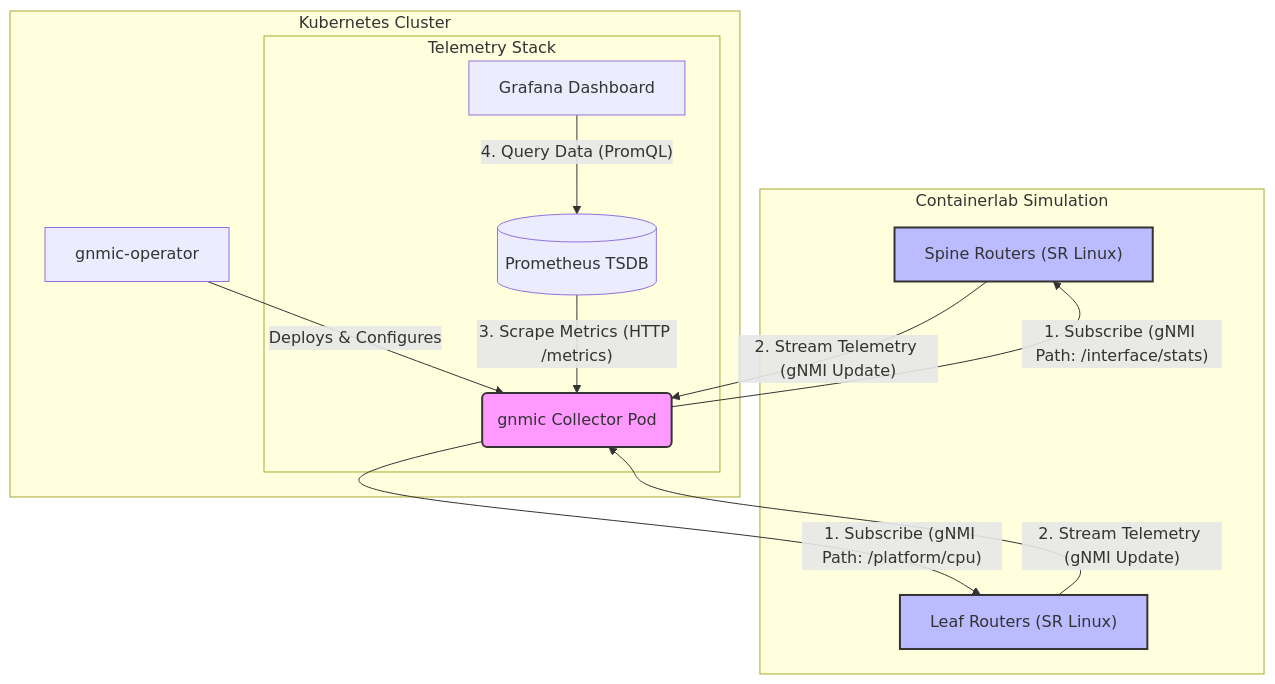
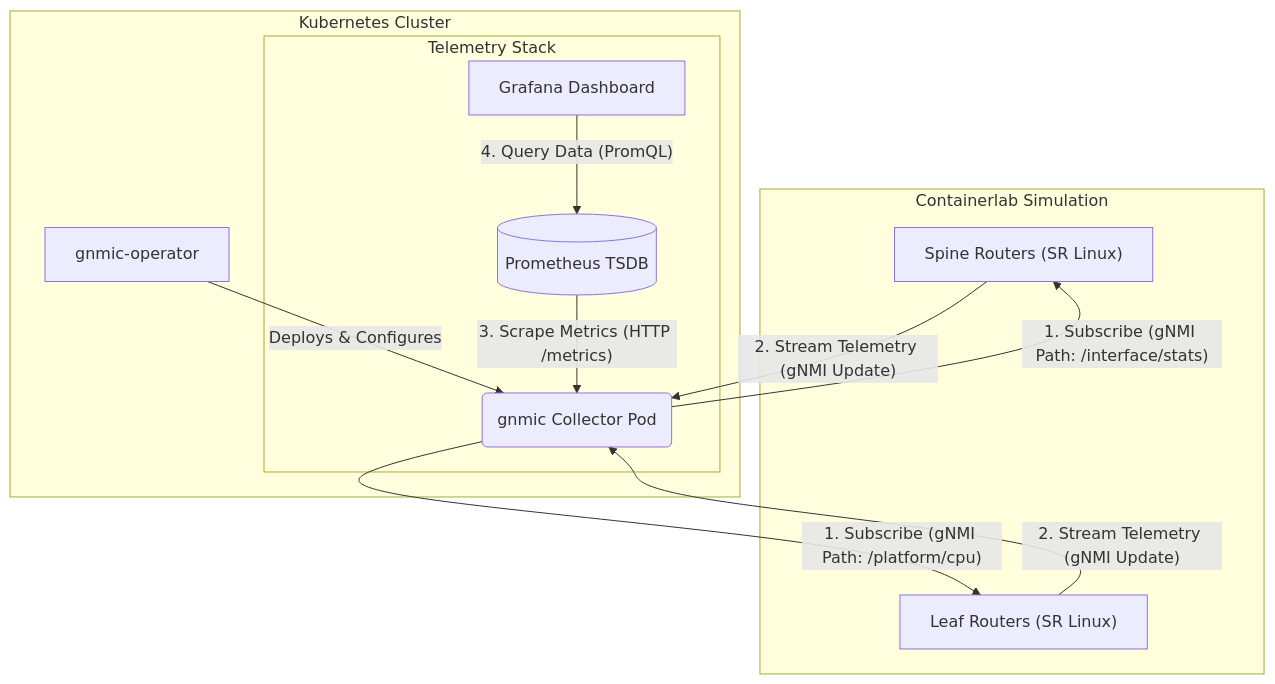
Before and after one commit to floehden/talk-openrheinmain: the diagram in readme.md, drawn with Mermaid.

Commit message:
removed styles

````diff
--- a/readme.md
+++ b/readme.md
@@ -17,32 +17,28 @@
 ```mermaid
 graph TD
     subgraph "Containerlab Simulation"
         Spines["Spine Routers (SR Linux)"]
         Leafs["Leaf Routers (SR Linux)"]
     end
 
     subgraph "Kubernetes Cluster"
         Operator["gnmic-operator"]
         
         subgraph "Telemetry Stack"
             Collector("gnmic Collector Pod")
             Prometheus[("Prometheus TSDB")]
             Grafana["Grafana Dashboard"]
         end
     end
 
     %% Workflow
     Operator --"Deploys & Configures"--> Collector
     Collector --"1. Subscribe (gNMI Path: /interface/stats)"--> Spines
     Collector --"1. Subscribe (gNMI Path: /platform/cpu)"--> Leafs
     
     Spines --"2. Stream Telemetry (gNMI Update)"--> Collector
     Leafs --"2. Stream Telemetry (gNMI Update)"--> Collector
     
     Prometheus --"3. Scrape Metrics (HTTP /metrics)"--> Collector
     Grafana --"4. Query Data (PromQL)"--> Prometheus
-
-    style Collector fill:#f9f,stroke:#333,stroke-width:2px
-    style Spines fill:#bbf,stroke:#333,stroke-width:2px
-    style Leafs fill:#bbf,stroke:#333,stroke-width:2px
 ```
````
